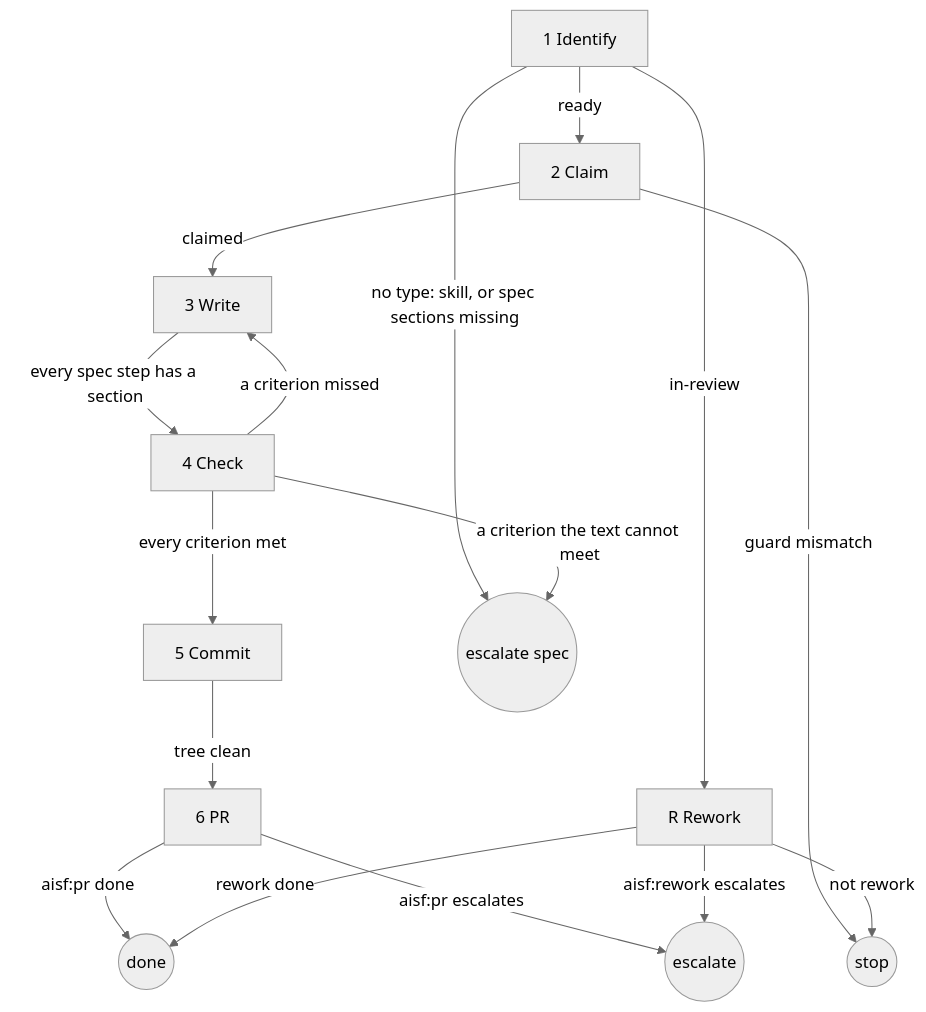
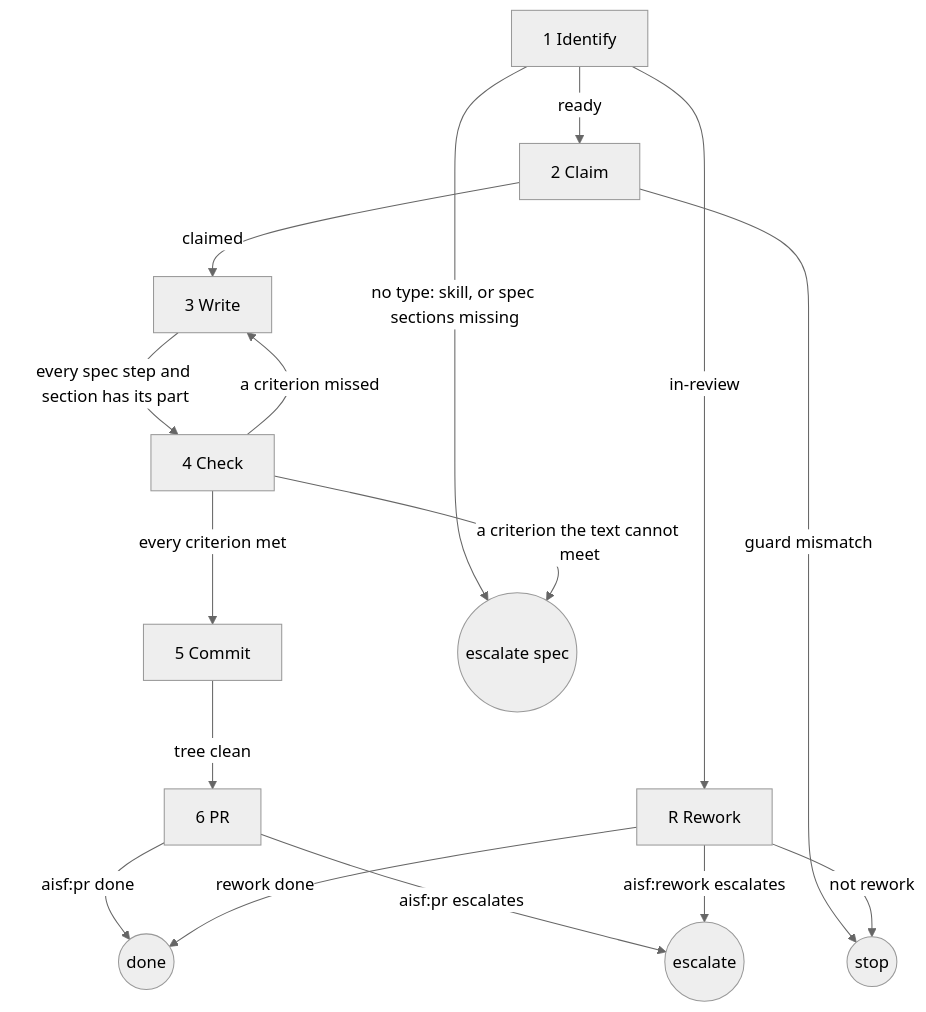
Before and after one commit to MoritzKopmann/AISoftwareFactory: the diagram in packages/plugin/commands/skill-implement-ticket/SKILL.md, drawn with Mermaid (neutral theme). The commit also changed other lines of this file, not shown here.

````diff
--- a/packages/plugin/commands/skill-implement-ticket/SKILL.md
+++ b/packages/plugin/commands/skill-implement-ticket/SKILL.md
@@ -26,18 +26,18 @@
 ```mermaid
 flowchart TD
   1[1 Identify] -->|ready| 2[2 Claim]
   1 -->|in-review| R[R Rework]
   1 -->|no type: skill, or spec sections missing| E((escalate spec))
   2 -->|claimed| 3[3 Write]
   2 -->|guard mismatch| S((stop))
-  3 -->|every spec step has a section| 4[4 Check]
+  3 -->|every spec step and section has its part| 4[4 Check]
   4 -->|a criterion missed| 3
   4 -->|a criterion the text cannot meet| E
   4 -->|every criterion met| 5[5 Commit]
   5 -->|tree clean| 6[6 PR]
   6 -->|aisf:pr done| D((done))
   6 -->|aisf:pr escalates| X((escalate))
   R -->|rework done| D
   R -->|not rework| S
   R -->|aisf:rework escalates| X
 ```
````
